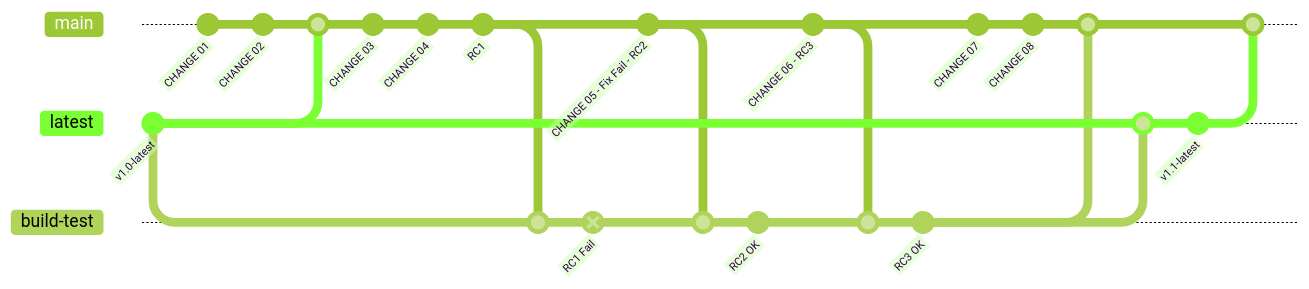
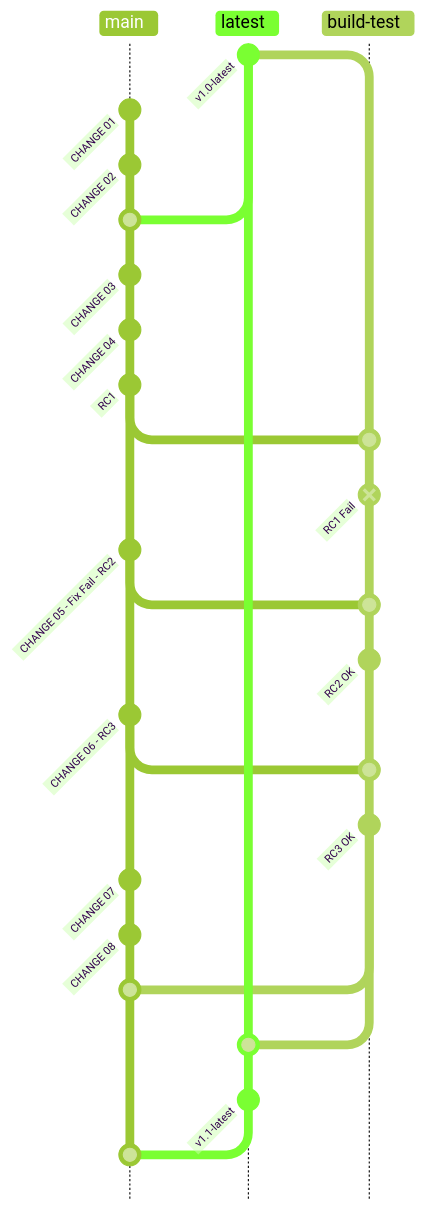
The diagram in README.md (luizgsbraz/kroki-client-docker), drawn with Mermaid (forest theme) before and after one commit.

````diff
--- a/README.md
+++ b/README.md
@@ -13,37 +13,37 @@
 ```mermaid
-gitGraph
+gitGraph TB:
     branch latest
     checkout latest
     commit id: "v1.0-latest"
     branch build-test
     checkout build-test
     checkout main
     commit id: "CHANGE 01"
     commit id: "CHANGE 02"  
     merge latest
     commit id: "CHANGE 03"
     commit id: "CHANGE 04"        
     commit id: "RC1"
     checkout build-test
     merge main
     commit type:REVERSE id: "RC1 Fail"
     checkout main
     commit id: "CHANGE 05 - Fix Fail - RC2"
     checkout build-test
     merge main
     commit id: "RC2 OK"
     checkout main
     commit id: "CHANGE 06 - RC3"        
     checkout build-test
     merge main
     commit id: "RC3 OK"
     checkout main
     commit id: "CHANGE 07"        
     commit id: "CHANGE 08"            
     merge build-test
     checkout latest
     merge build-test
     commit id: "v1.1-latest"
     checkout main
     merge latest
 ```
````
